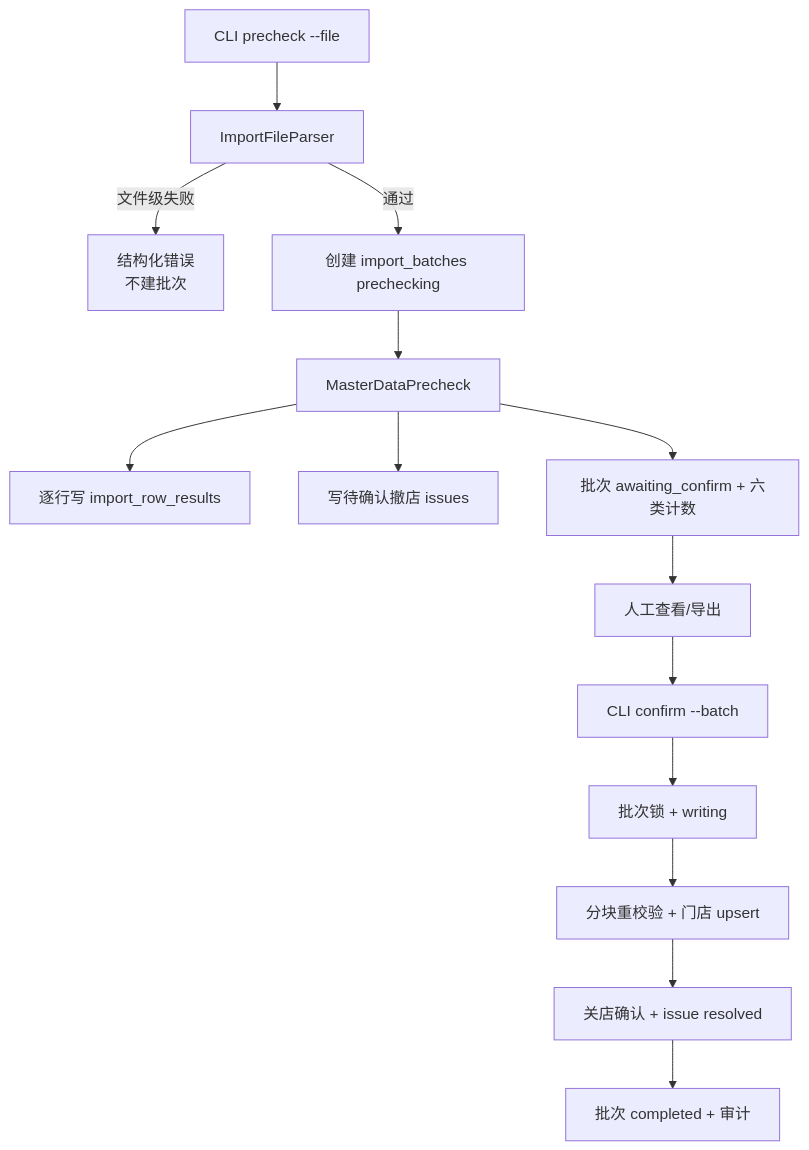
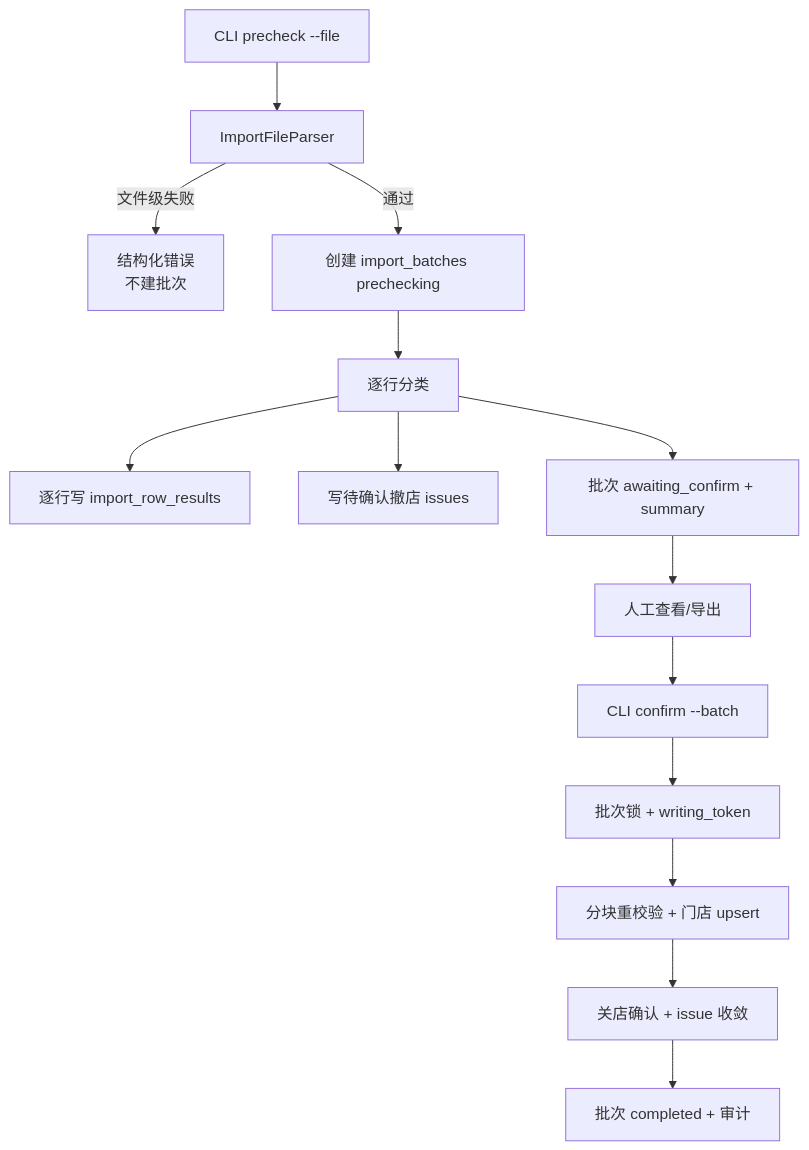
Before and after one commit to ArchMan001/hbecho: the diagram in .kiro/specs/a-master-data-import/design.md, drawn with Mermaid. The commit also changed other lines of this file and 10 other files, not shown here.

Commit message:
docs(master-data-import): 审查修订 spec，v2 R1–R5、PRD A v1.10.1 / F v1.0.2 列名订正、ADR-0014，星标线下调为 3,000

````diff
--- a/.kiro/specs/a-master-data-import/design.md
+++ b/.kiro/specs/a-master-data-import/design.md
@@ -170,16 +163,16 @@
 ```mermaid
 flowchart TD
   A[CLI precheck --file] --> B[ImportFileParser]
   B -->|文件级失败| X[结构化错误<br/>不建批次]
   B -->|通过| C[创建 import_batches prechecking]
-  C --> D[MasterDataPrecheck]
+  C --> D[逐行分类]
   D --> E[逐行写 import_row_results]
   D --> F[写待确认撤店 issues]
-  D --> G[批次 awaiting_confirm + 六类计数]
+  D --> G[批次 awaiting_confirm + summary]
   G --> H[人工查看/导出]
   H --> I[CLI confirm --batch]
-  I --> J[批次锁 + writing]
+  I --> J[批次锁 + writing_token]
   J --> K[分块重校验 + 门店 upsert]
-  K --> L[关店确认 + issue resolved]
+  K --> L[关店确认 + issue 收敛]
   L --> M[批次 completed + 审计]
 ```
````
